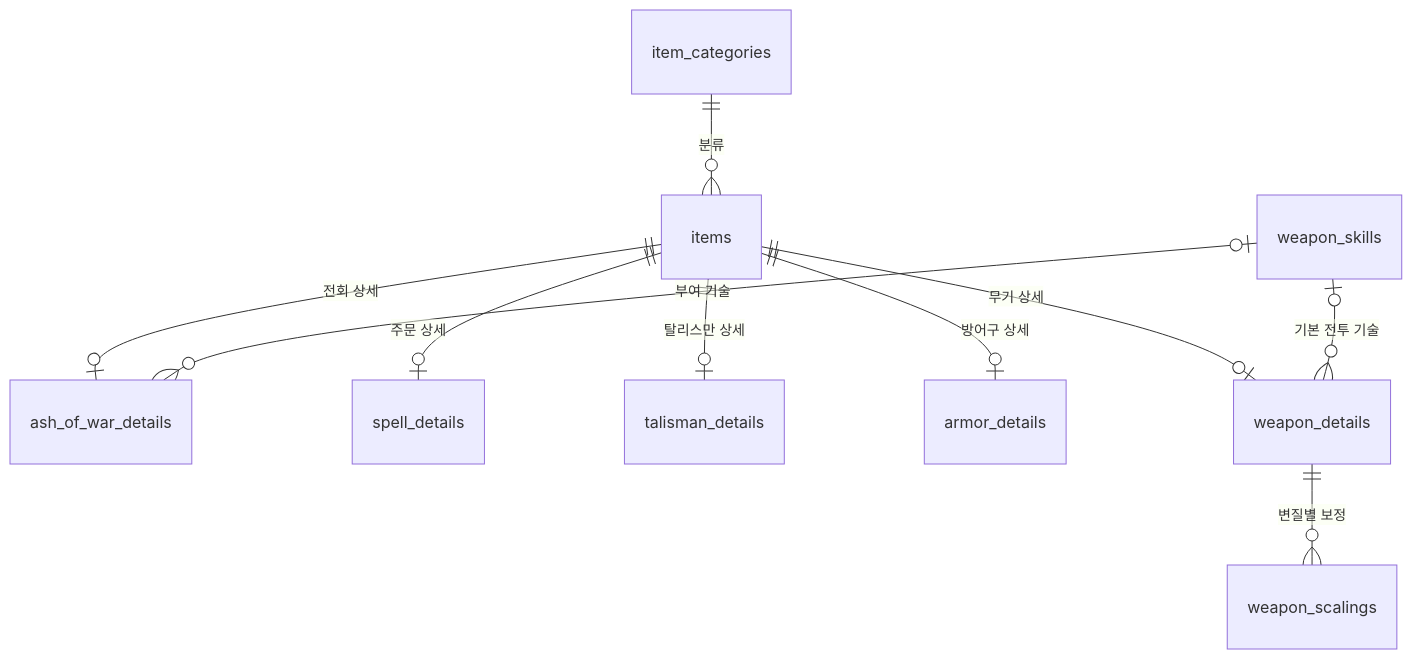
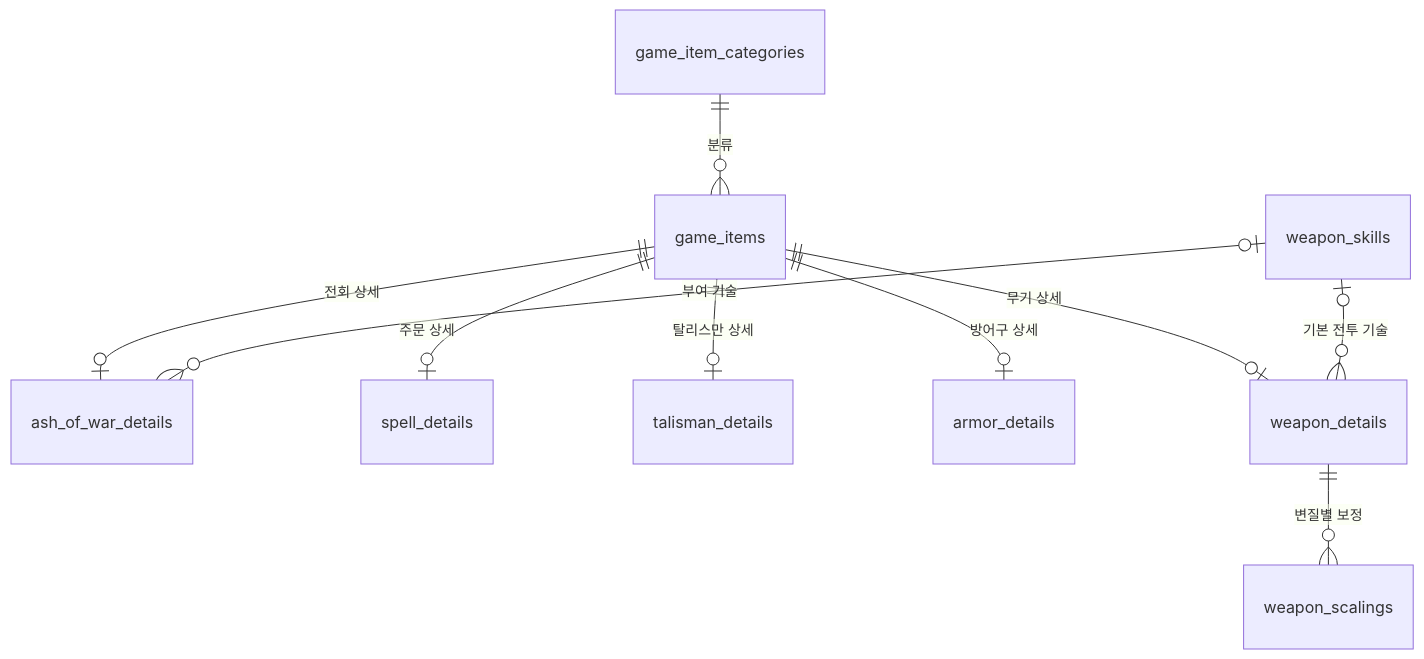
The diagram in docs/DATABASE.md (qpow1018/elden-wiki), drawn with Mermaid before and after one commit. The commit also changed other lines of this file and 18 other files, not shown here.

````diff
--- a/docs/DATABASE.md
+++ b/docs/DATABASE.md
@@ -34,12 +42,12 @@
 ```mermaid
 erDiagram
-  item_categories ||--o{ items : "분류"
-  items ||--o| ash_of_war_details : "전회 상세"
+  game_item_categories ||--o{ game_items : "분류"
+  game_items ||--o| ash_of_war_details : "전회 상세"
   weapon_skills o|--o{ ash_of_war_details : "부여 기술"
-  items ||--o| spell_details : "주문 상세"
-  items ||--o| talisman_details : "탈리스만 상세"
-  items ||--o| armor_details : "방어구 상세"
-  items ||--o| weapon_details : "무기 상세"
+  game_items ||--o| spell_details : "주문 상세"
+  game_items ||--o| talisman_details : "탈리스만 상세"
+  game_items ||--o| armor_details : "방어구 상세"
+  game_items ||--o| weapon_details : "무기 상세"
   weapon_skills o|--o{ weapon_details : "기본 전투 기술"
   weapon_details ||--o{ weapon_scalings : "변질별 보정"
 ```
````
